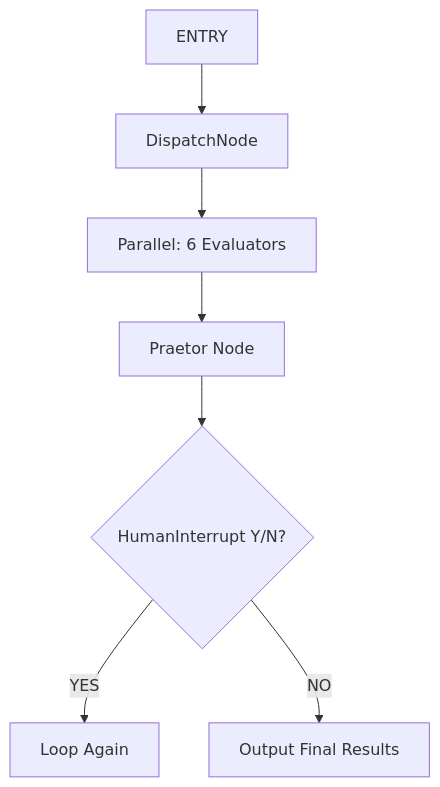
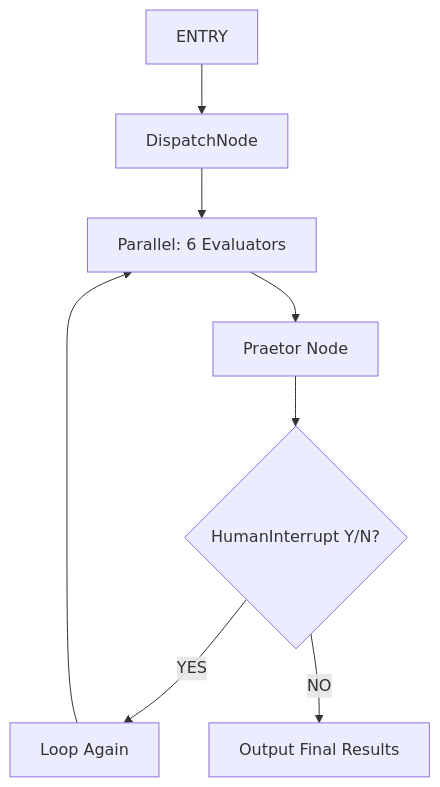
Before and after one commit to AI-Agents-Prompts-to-Multi-Agent-Sys/Democratic-Dialogue: the diagram in workflowdesign.md, drawn with Mermaid.

Commit message:
mermaid font

````diff
--- a/workflowdesign.md
+++ b/workflowdesign.md
@@ -1,9 +1,9 @@
 ```mermaid
 flowchart TD
     A[ENTRY] --> B[DispatchNode]
     B --> C[Parallel: 6 Evaluators]
     C --> D[Praetor Node]
     D --> E{HumanInterrupt Y/N?}
-    E -- YES --> F[Loop Again]
+    E -- YES --> F[Loop Again] --> C
     E -- NO --> G[Output Final Results]
 ```
````
